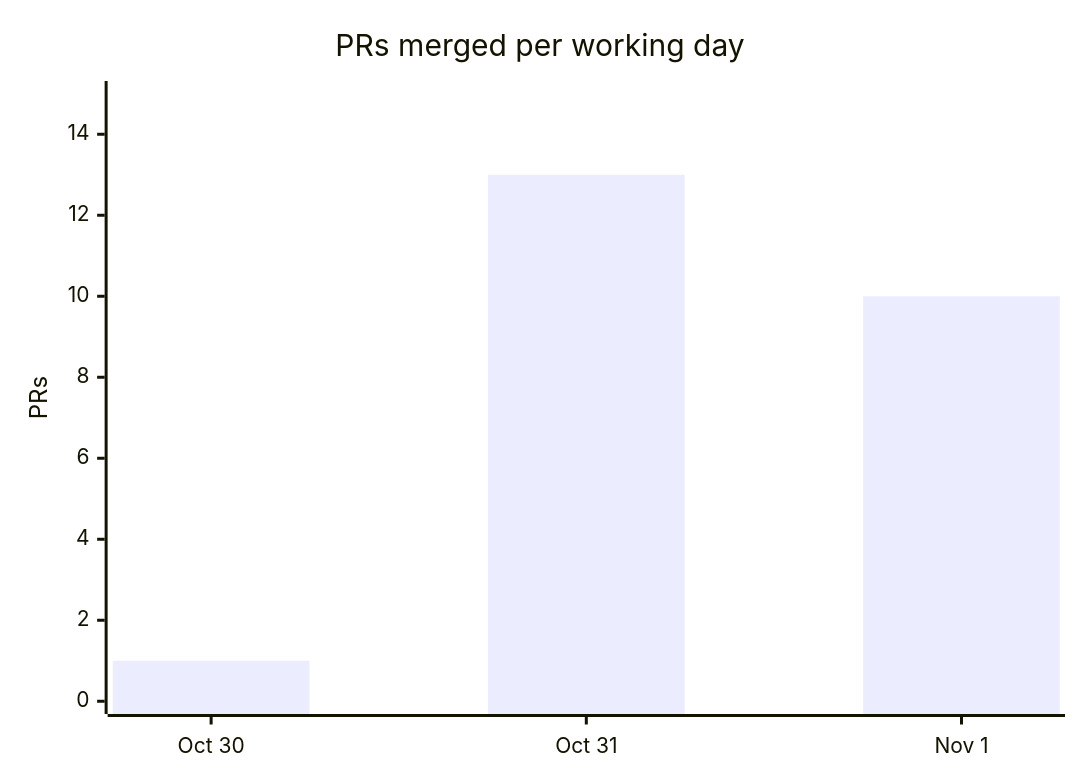
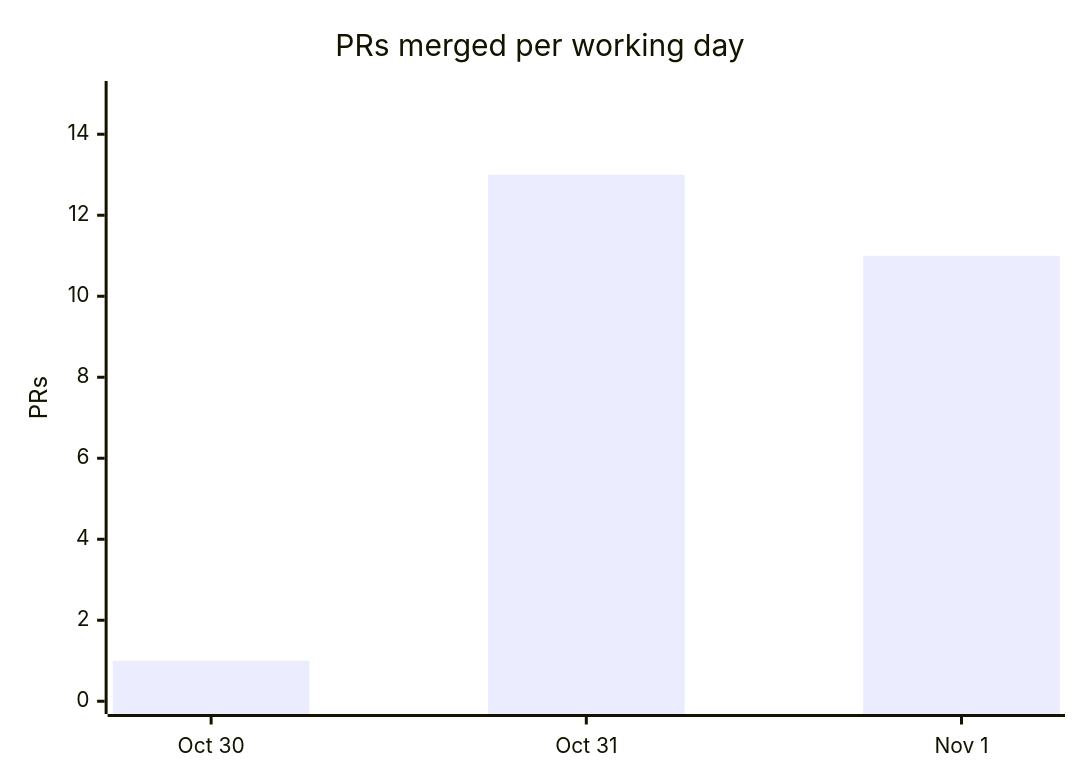
Before and after one commit to cmprssd/nfsh: the fourth of 4 diagrams in docs/OVERVIEW.md, drawn with Mermaid. The commit also changed other lines of this file and 11 other files, not shown here.

````diff
--- a/docs/OVERVIEW.md
+++ b/docs/OVERVIEW.md
@@ -139,7 +139,7 @@
 ```mermaid
 xychart-beta
     title "PRs merged per working day"
     x-axis ["Oct 30", "Oct 31", "Nov 1"]
     y-axis "PRs" 0 --> 15
-    bar [1, 13, 10]
+    bar [1, 13, 11]
 ```
````
